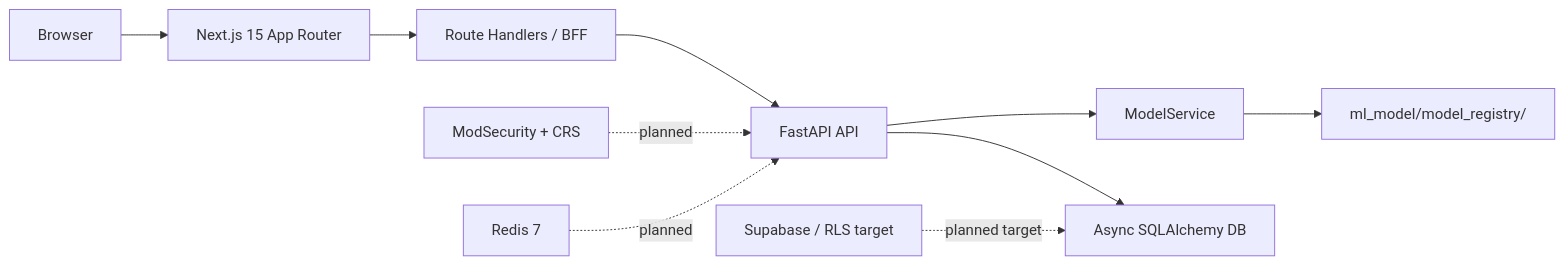
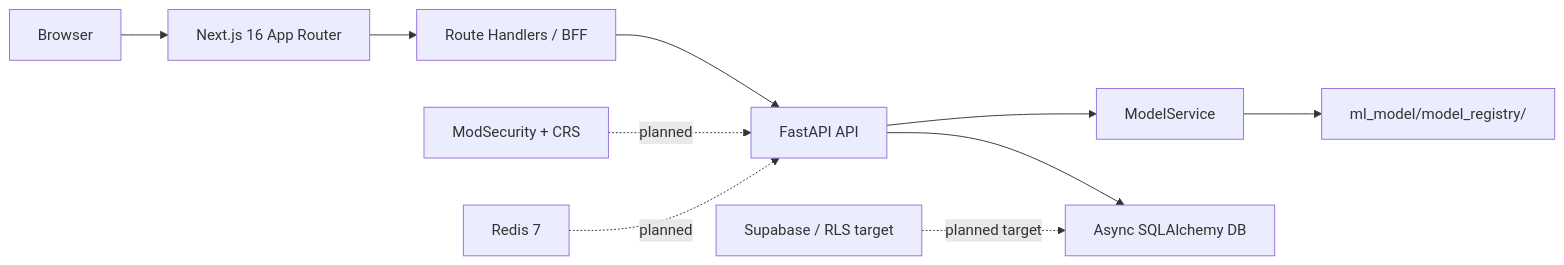
Before and after one commit to PooKYZZZ/injection-alert-system: the diagram in docs/architecture.md, drawn with Mermaid. The commit also changed other lines of this file and 152 other files, not shown here.

````diff
--- a/docs/architecture.md
+++ b/docs/architecture.md
@@ -9,13 +9,13 @@
 ```mermaid
 flowchart LR
-    Browser["Browser"] --> Next["Next.js 15 App Router"]
+    Browser["Browser"] --> Next["Next.js 16 App Router"]
     Next --> BFF["Route Handlers / BFF"]
     BFF --> FastAPI["FastAPI API"]
     FastAPI --> Model["ModelService"]
     FastAPI --> DB["Async SQLAlchemy DB"]
     Model --> Registry["ml_model/model_registry/"]
 
     ModSec["ModSecurity + CRS"] -. planned .-> FastAPI
     Redis["Redis 7"] -. planned .-> FastAPI
     Supabase["Supabase / RLS target"] -. planned target .-> DB
 ```
````
